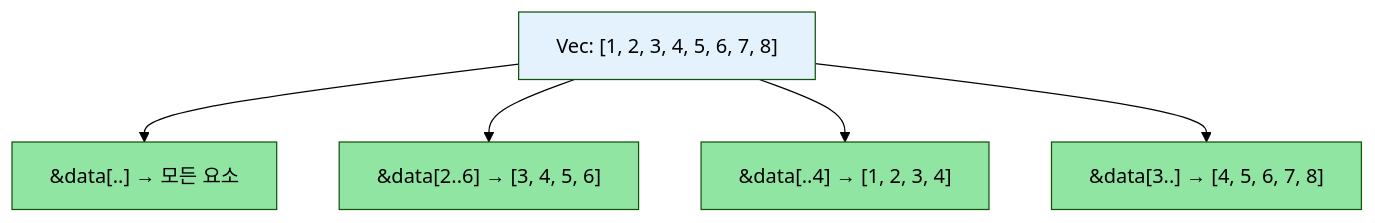
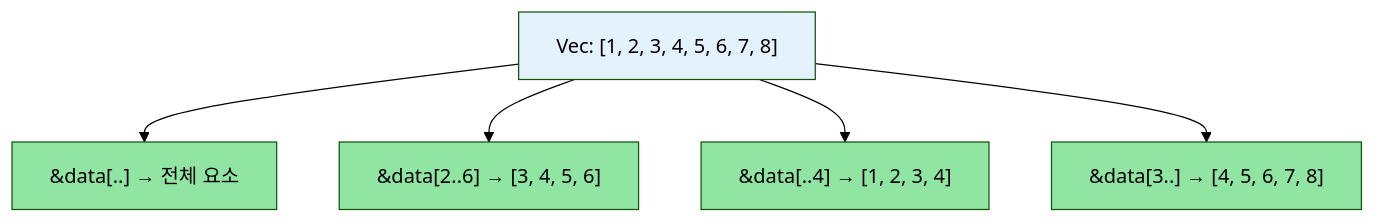
The fourth of 4 diagrams in c-cpp-book/src/ch01-introduction-and-motivation.md (partrita/RustTraining), drawn with Mermaid (forest theme) before and after one commit. The commit also changed other lines of this file and 157 other files, not shown here.

````diff
--- a/c-cpp-book/src/ch01-introduction-and-motivation.md
+++ b/c-cpp-book/src/ch01-introduction-and-motivation.md
@@ -186,14 +186,14 @@
 ```mermaid
 graph TD
     V["Vec: [1, 2, 3, 4, 5, 6, 7, 8]"]
-    V --> FS["&data[..] → 모든 요소"]
+    V --> FS["&data[..] → 전체 요소"]
     V --> PS["&data[2..6] → [3, 4, 5, 6]"]
     V --> SS["&data[..4] → [1, 2, 3, 4]"]
     V --> ES["&data[3..] → [4, 5, 6, 7, 8]"]
     
     style V fill:#e3f2fd,color:#000
     style FS fill:#91e5a3,color:#000
     style PS fill:#91e5a3,color:#000
     style SS fill:#91e5a3,color:#000
     style ES fill:#91e5a3,color:#000
 ```
````
